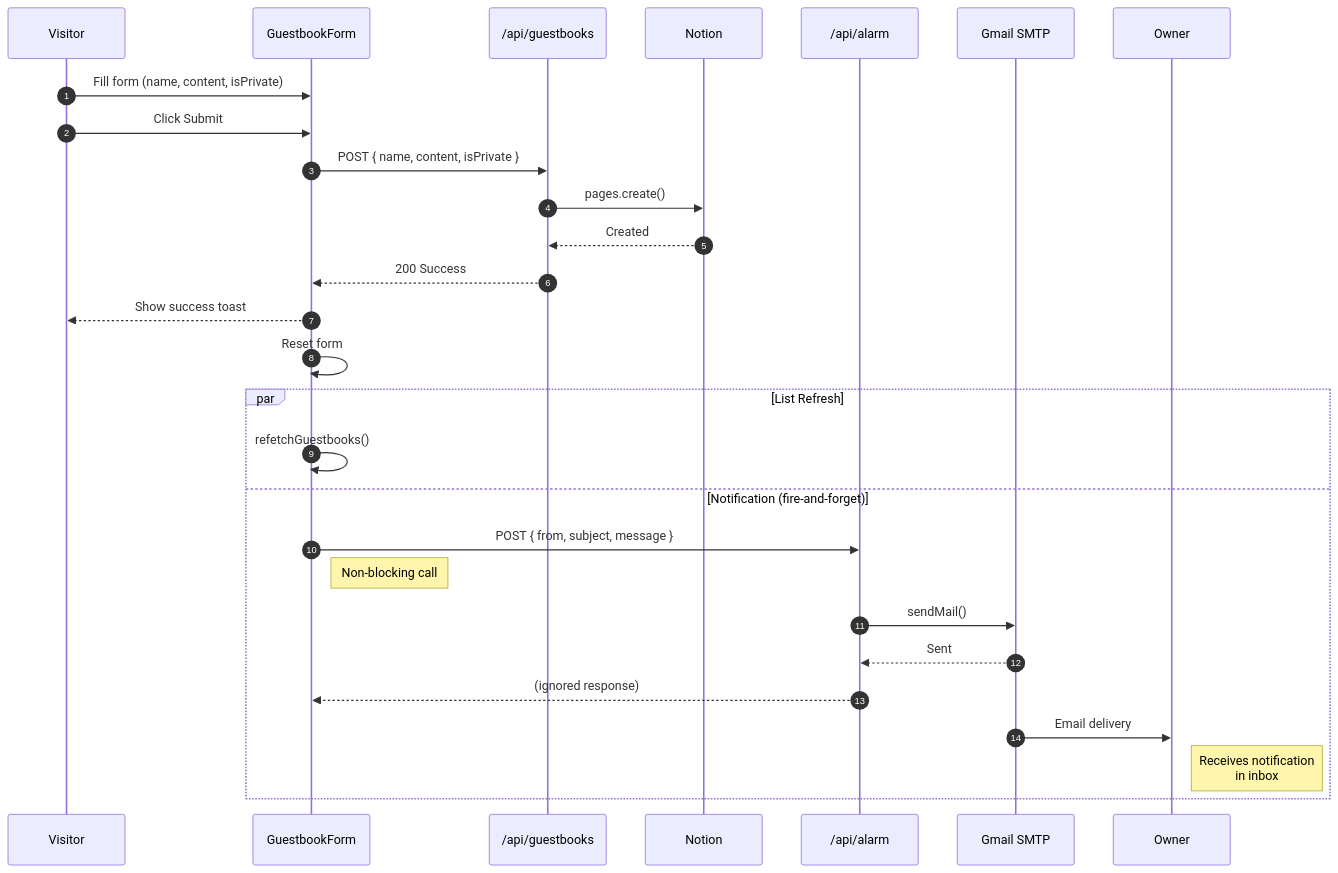
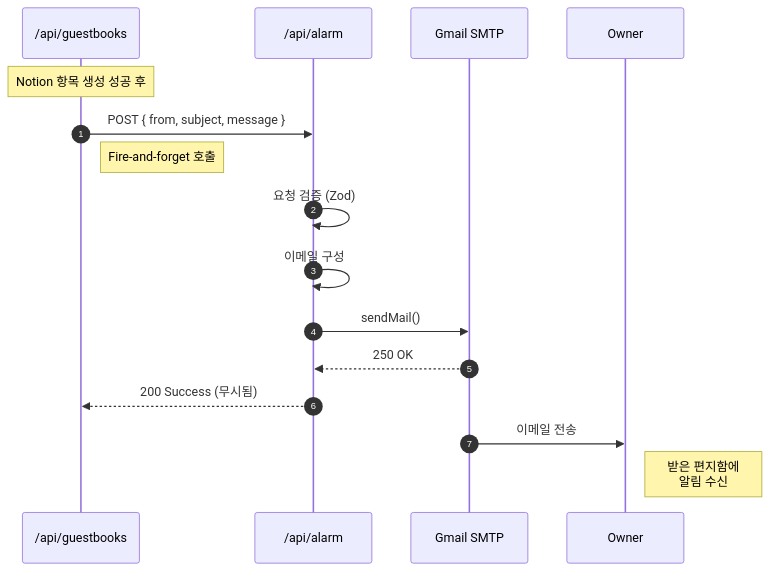
Before and after one commit to ywj3493/metis-blog: the second of 5 diagrams in docs/dev/specifications/alarm/workflows/sequence-diagram.ko.md, drawn with Mermaid. The commit also changed other lines of this file and 10 other files, not shown here.

````diff
--- a/docs/dev/specifications/alarm/workflows/sequence-diagram.ko.md
+++ b/docs/dev/specifications/alarm/workflows/sequence-diagram.ko.md
@@ -117,34 +114,24 @@
 ```mermaid
 sequenceDiagram
     autonumber
-    participant V as Visitor
-    participant F as GuestbookForm
     participant GA as /api/guestbooks
-    participant N as Notion
     participant AA as /api/alarm
     participant S as Gmail SMTP
     participant O as Owner
 
-    V->>F: Fill form (name, content, isPrivate)
-    V->>F: Click Submit
+    Note over GA: Notion 항목 생성 성공 후
 
-    F->>GA: POST { name, content, isPrivate }
-    GA->>N: pages.create()
-    N-->>GA: Created
-    GA-->>F: 200 Success
+    GA->>AA: POST { from, subject, message }
+    Note right of GA: Fire-and-forget 호출
 
-    F-->>V: Show success toast
-    F->>F: Reset form
+    AA->>AA: 요청 검증 (Zod)
+    AA->>AA: 이메일 구성
 
-    par List Refresh
-        F->>F: refetchGuestbooks()
-    and Notification (fire-and-forget)
-        F->>AA: POST { from, subject, message }
-        Note right of F: Non-blocking call
-        AA->>S: sendMail()
-        S-->>AA: Sent
-        AA-->>F: (ignored response)
-        S->>O: Email delivery
-        Note right of O: Receives notification<br/>in inbox
-    end
+    AA->>S: sendMail()
+    S-->>AA: 250 OK
+
+    AA-->>GA: 200 Success (무시됨)
+
+    S->>O: 이메일 전송
+    Note right of O: 받은 편지함에<br/>알림 수신
 ```
````
